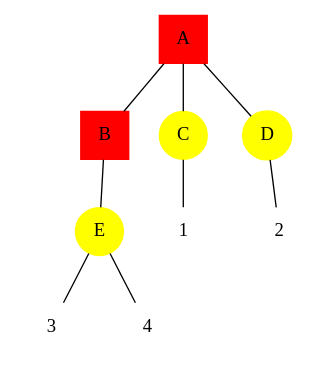
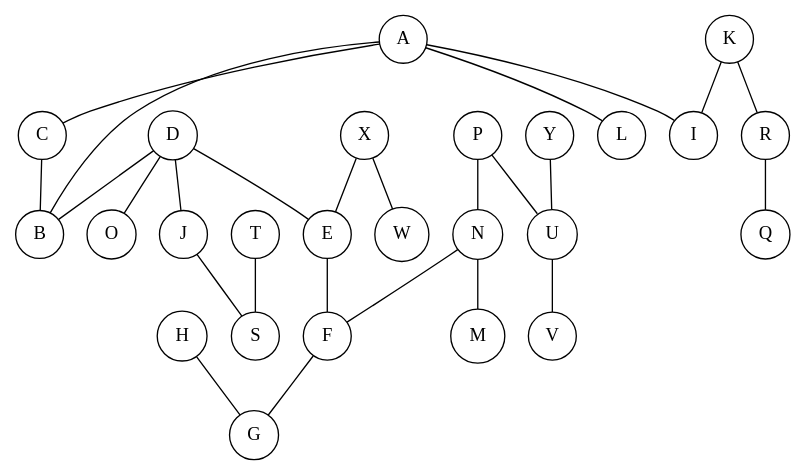
One commit to cw1521/DotGraphGenerator changed the diagram in output/graph1.dot. Above: the diagram before and after it, drawn with Graphviz. The commit also changed 10 other files, not shown here.

Commit message:
Updated graph classes

```diff
--- a/output/graph1.dot
+++ b/output/graph1.dot
@@ -1,19 +1,52 @@
-graph graph1 {A [label="A",shape=square,color=red,style=filled];
-	B [label="B",shape=square,color=red,style=filled];
-	C [label="C",shape=circle,color=yellow,style=filled];
-	D [label="D",shape=circle,color=yellow,style=filled];
-	E [label="E",shape=circle,color=yellow,style=filled];
-	1 [label="1",shape=plaintext];
-	2 [label="2",shape=plaintext];
-	3 [label="3",shape=plaintext];
-	4 [label="4",shape=plaintext];
+graph graph1 {A [label="A",shape=circle];
+	B [label="B",shape=circle];
+	C [label="C",shape=circle];
+	D [label="D",shape=circle];
+	E [label="E",shape=circle];
+	F [label="F",shape=circle];
+	G [label="G",shape=circle];
+	H [label="H",shape=circle];
+	I [label="I",shape=circle];
+	J [label="J",shape=circle];
+	K [label="K",shape=circle];
+	L [label="L",shape=circle];
+	M [label="M",shape=circle];
+	N [label="N",shape=circle];
+	O [label="O",shape=circle];
+	P [label="P",shape=circle];
+	Q [label="Q",shape=circle];
+	R [label="R",shape=circle];
+	S [label="S",shape=circle];
+	T [label="T",shape=circle];
+	U [label="U",shape=circle];
+	V [label="V",shape=circle];
+	W [label="W",shape=circle];
+	X [label="X",shape=circle];
+	Y [label="Y",shape=circle];
 	
-	D -- 2;
-	C -- 1;
-	E -- 3;
-	E -- 4;
+	P -- N;
+	P -- U;
+	D -- B;
+	D -- E;
+	D -- J;
+	D -- O;
+	C -- B;
+	U -- V;
+	Y -- U;
+	T -- S;
+	A -- B;
 	A -- C;
-	A -- B;
-	A -- D;
-	B -- E;
+	A -- I;
+	A -- L;
+	X -- W;
+	X -- E;
+	N -- M;
+	N -- F;
+	E -- F;
+	J -- S;
+	H -- G;
+	K -- I;
+	K -- R;
+	F -- G;
+	R -- Q;
 }
```
